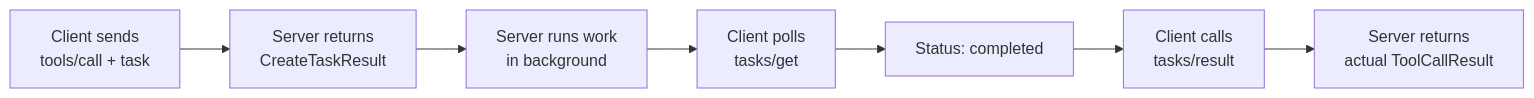
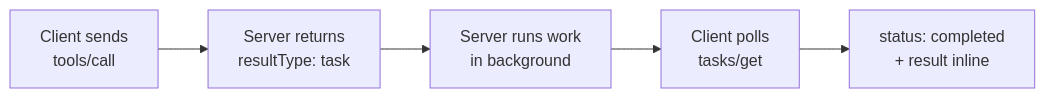
Before and after one commit to David-Parry/agent-mcp-workshop: the first of 2 diagrams in lessons/07-overview.md, drawn with Mermaid. The commit also changed other lines of this file and 138 other files, not shown here.

````diff
--- a/lessons/07-overview.md
+++ b/lessons/07-overview.md
@@ -13,9 +36,7 @@
 ```mermaid
 graph LR
-    A[Client sends<br/>tools/call + task] --> B[Server returns<br/>CreateTaskResult]
+    A[Client sends<br/>tools/call] --> B[Server returns<br/>resultType: task]
     B --> C[Server runs work<br/>in background]
     C --> D[Client polls<br/>tasks/get]
-    D --> E[Status: completed]
-    E --> F[Client calls<br/>tasks/result]
-    F --> G[Server returns<br/>actual ToolCallResult]
+    D --> E[status: completed<br/>+ result inline]
 ```
````
